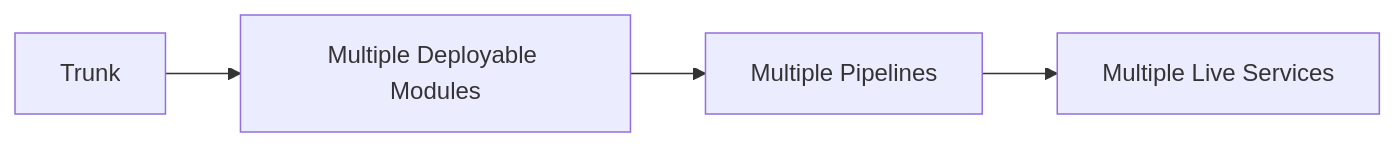
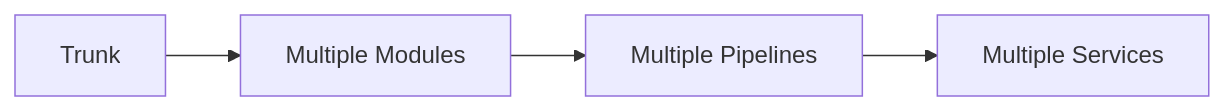
Before and after one commit to ready-to-release/eac: the second of 3 diagrams in docs/explanation/continuous-delivery/core-concepts/unit-of-flow.md, drawn with Mermaid. The commit also changed other lines of this file and 151 other files, not shown here.

````diff
--- a/docs/explanation/continuous-delivery/core-concepts/unit-of-flow.md
+++ b/docs/explanation/continuous-delivery/core-concepts/unit-of-flow.md
@@ -300,6 +107,6 @@
 ```mermaid
 flowchart LR
-    TR[Trunk] --> DU[Multiple Deployable Modules]
+    TR[Trunk] --> DU[Multiple Modules]
     DU --> PP[Multiple Pipelines]
-    PP --> LS[Multiple Live Services]
+    PP --> LS[Multiple Services]
 ```
````
